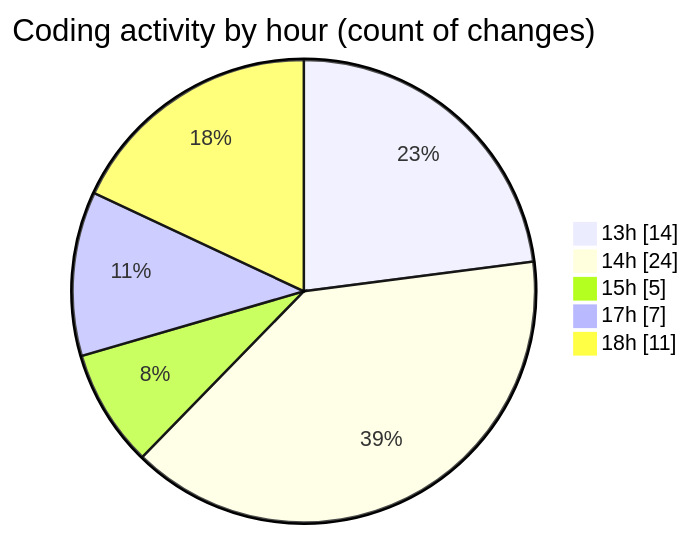
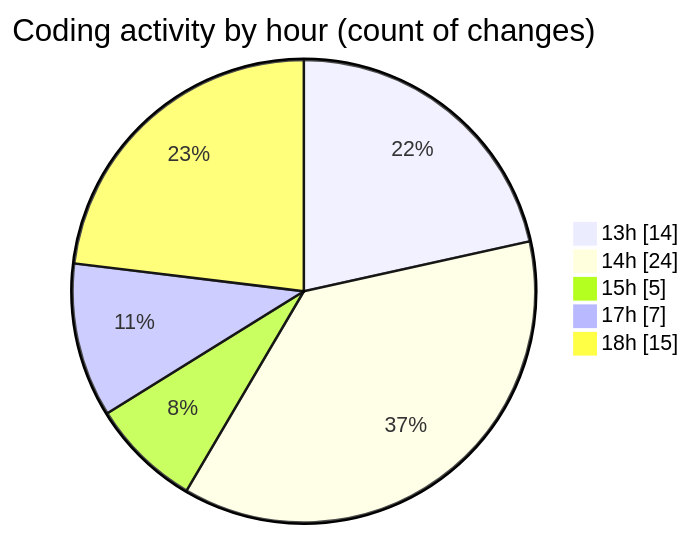
Before and after one commit to momahboobian/code-tracking: the second of 2 diagrams in 2025-11-26/cda/README.md, drawn with Mermaid. The commit also changed other lines of this file and 1 other file, not shown here.

````diff
--- a/2025-11-26/cda/README.md
+++ b/2025-11-26/cda/README.md
@@ -36,9 +36,9 @@
 ```mermaid
 pie showData
 title Coding activity by hour (count of changes)
 "13h" : 14
 "14h" : 24
 "15h" : 5
 "17h" : 7
-"18h" : 11
+"18h" : 15
 ```
````
